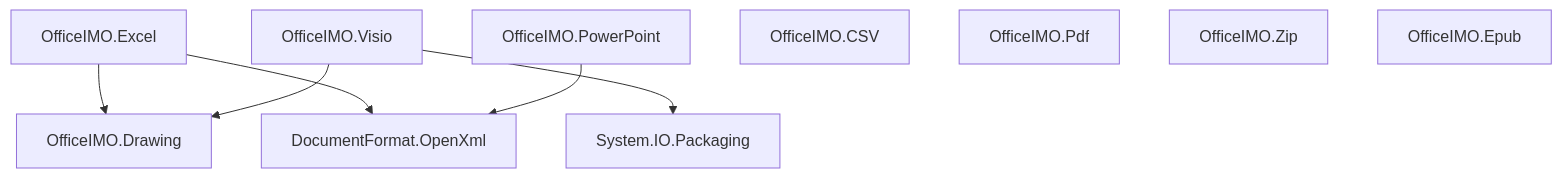
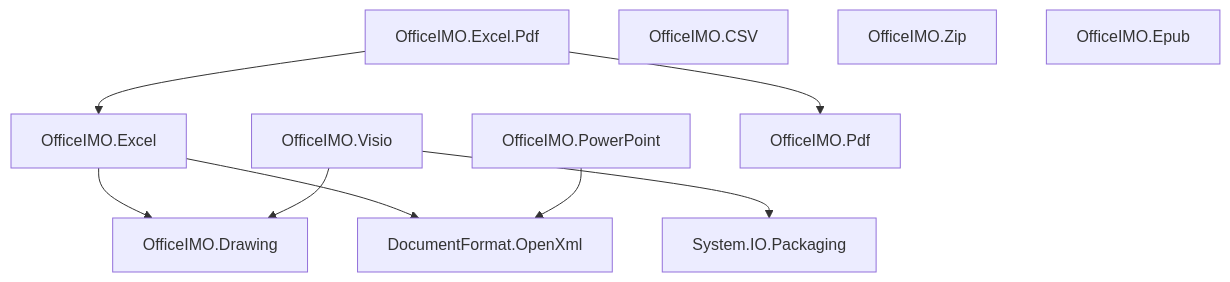
The second of 4 diagrams in README.md (EvotecIT/OfficeIMO), drawn with Mermaid before and after one commit. The commit also changed other lines of this file and 163 other files, not shown here.

First line of the commit message:
Advance first-party PDF roadmap (#1869)

````diff
--- a/README.md
+++ b/README.md
@@ -215,19 +215,22 @@
 ```mermaid
 flowchart TB
   Excel["OfficeIMO.Excel"]
+  ExcelPdf["OfficeIMO.Excel.Pdf"]
   PowerPoint["OfficeIMO.PowerPoint"]
   Visio["OfficeIMO.Visio"]
   Drawing["OfficeIMO.Drawing"]
   OpenXml["DocumentFormat.OpenXml"]
   Packaging["System.IO.Packaging"]
   Csv["OfficeIMO.CSV"]
   Pdf["OfficeIMO.Pdf"]
   Zip["OfficeIMO.Zip"]
   Epub["OfficeIMO.Epub"]
 
   Excel --> Drawing
   Excel --> OpenXml
+  ExcelPdf --> Excel
+  ExcelPdf --> Pdf
   PowerPoint --> OpenXml
   Visio --> Drawing
   Visio --> Packaging
 ```
````
